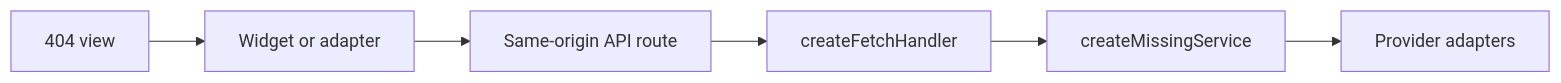
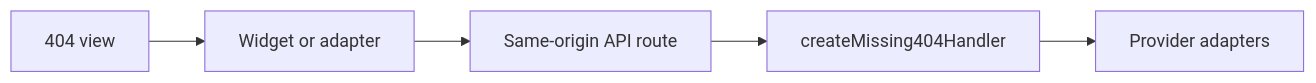
One commit to dilrajahdan/404-missing changed the diagram in docs/frameworks.md. Above: the diagram before and after it, drawn with Mermaid. The commit also changed other lines of this file and 11 other files, not shown here.

````diff
--- a/docs/frameworks.md
+++ b/docs/frameworks.md
@@ -5,8 +5,7 @@
 ```mermaid
 flowchart LR
   A[404 view] --> B[Widget or adapter]
   B --> C[Same-origin API route]
-  C --> D[createFetchHandler]
-  D --> E[createMissingService]
-  E --> F[Provider adapters]
+  C --> D[createMissing404Handler]
+  D --> E[Provider adapters]
 ```
````
